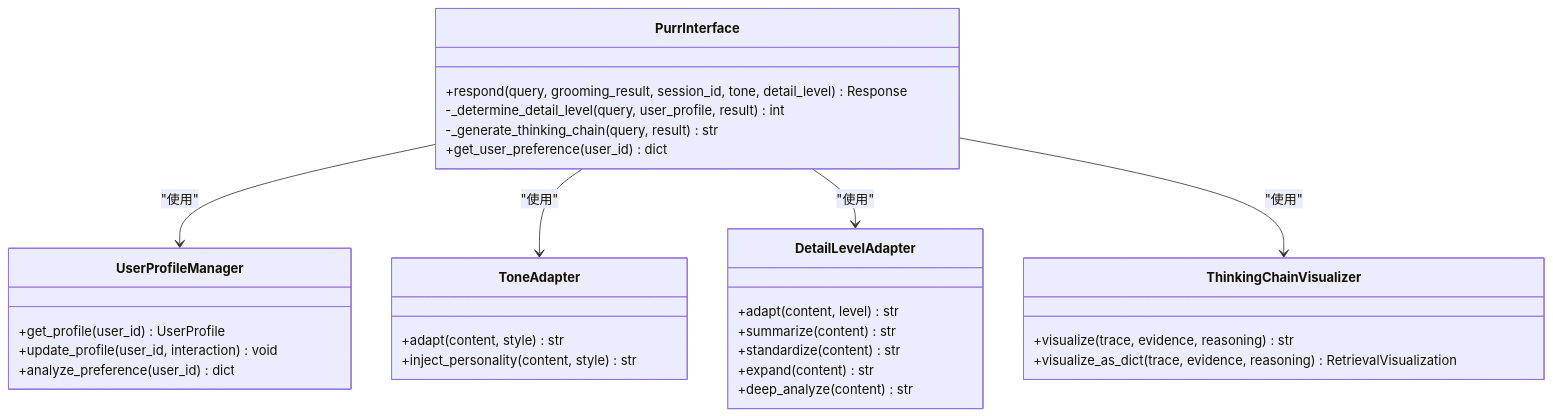
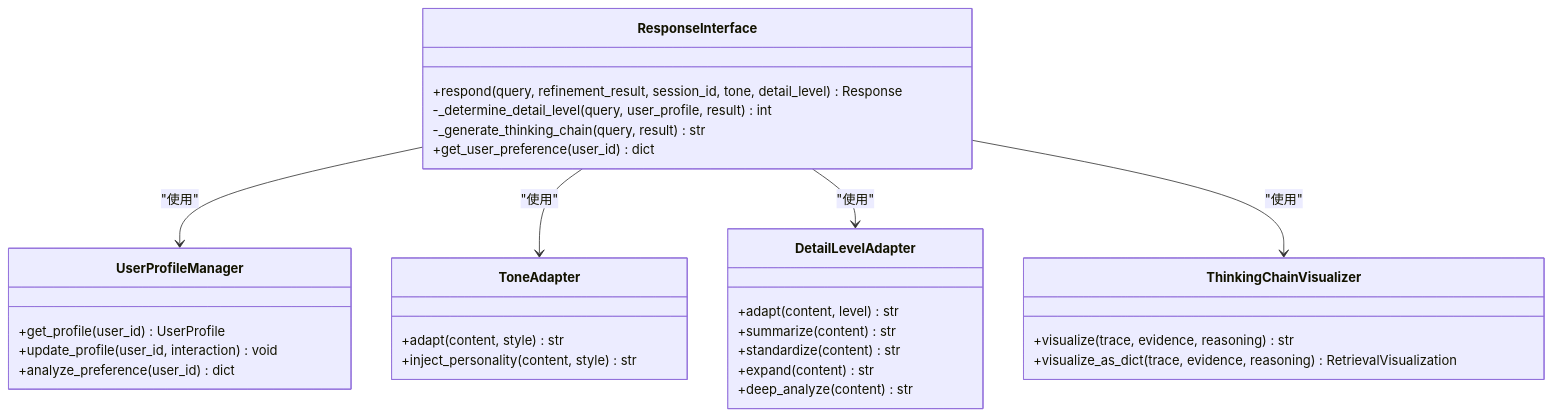
One commit to JieGaoPrinceton/NecoRAG changed the third of 9 diagrams in .qoder/repowiki/zh/content/核心模块详解/Purr Interface - 交互层/Purr Interface - 交互层.md. Above: the diagram before and after it, drawn with Mermaid. The commit also changed other lines of this file and 23 other files, not shown here.

````diff
--- a/.qoder/repowiki/zh/content/核心模块详解/Purr Interface - 交互层/Purr Interface - 交互层.md
+++ b/.qoder/repowiki/zh/content/核心模块详解/Purr Interface - 交互层/Purr Interface - 交互层.md
@@ -135,33 +149,33 @@
 ```mermaid
 classDiagram
-class PurrInterface {
-+respond(query, grooming_result, session_id, tone, detail_level) Response
+class ResponseInterface {
++respond(query, refinement_result, session_id, tone, detail_level) Response
 -_determine_detail_level(query, user_profile, result) int
 -_generate_thinking_chain(query, result) str
 +get_user_preference(user_id) dict
 }
 class UserProfileManager {
 +get_profile(user_id) UserProfile
 +update_profile(user_id, interaction) void
 +analyze_preference(user_id) dict
 }
 class ToneAdapter {
 +adapt(content, style) str
 +inject_personality(content, style) str
 }
 class DetailLevelAdapter {
 +adapt(content, level) str
 +summarize(content) str
 +standardize(content) str
 +expand(content) str
 +deep_analyze(content) str
 }
 class ThinkingChainVisualizer {
 +visualize(trace, evidence, reasoning) str
 +visualize_as_dict(trace, evidence, reasoning) RetrievalVisualization
 }
-PurrInterface --> UserProfileManager : "使用"
-PurrInterface --> ToneAdapter : "使用"
-PurrInterface --> DetailLevelAdapter : "使用"
-PurrInterface --> ThinkingChainVisualizer : "使用"
+ResponseInterface --> UserProfileManager : "使用"
+ResponseInterface --> ToneAdapter : "使用"
+ResponseInterface --> DetailLevelAdapter : "使用"
+ResponseInterface --> ThinkingChainVisualizer : "使用"
 ```
````
